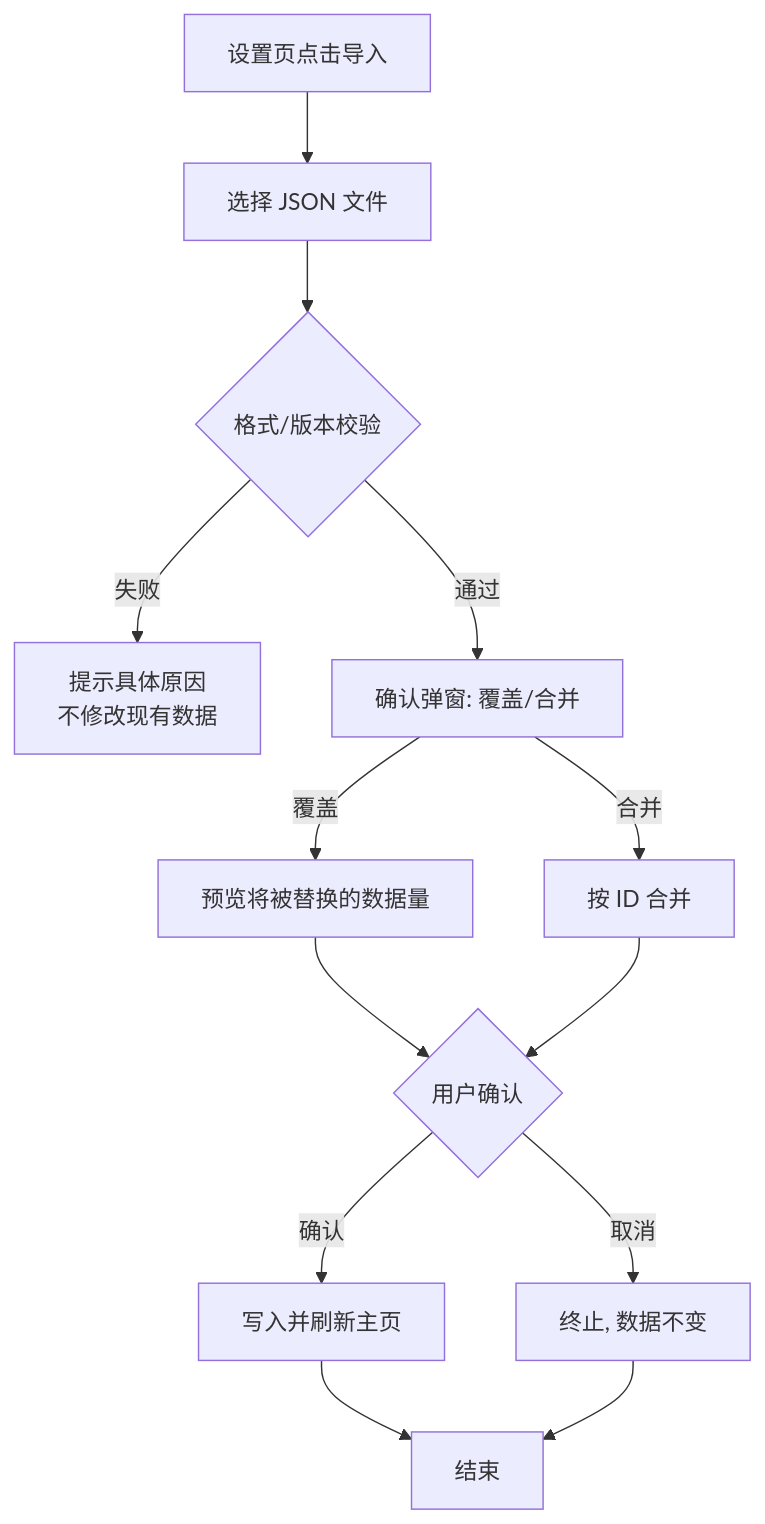
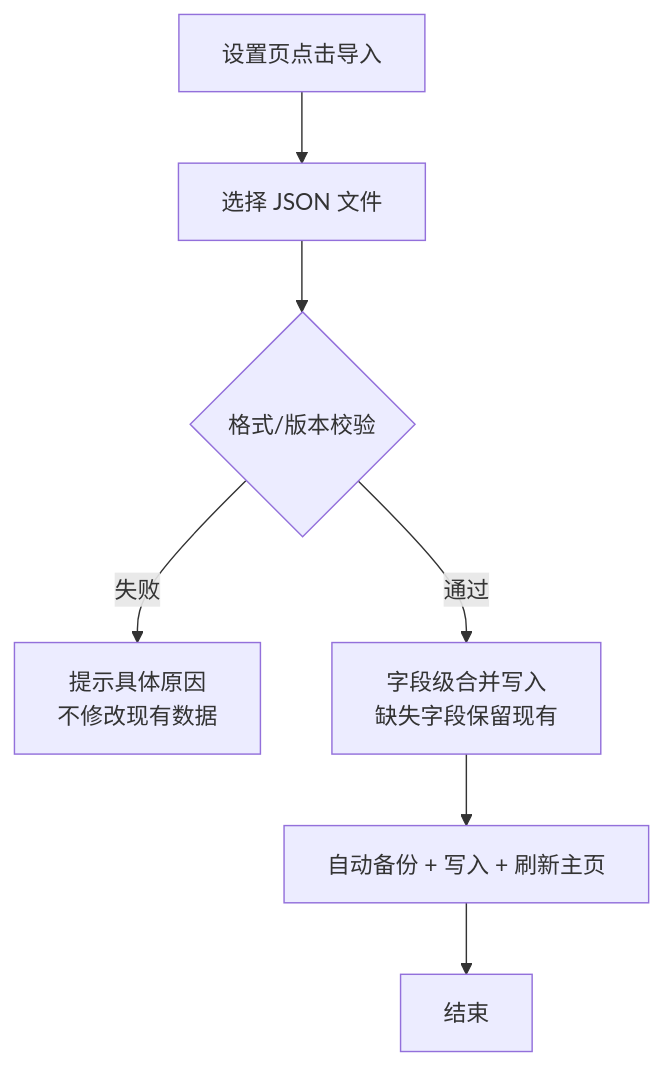
One commit to wangyanan520/linring-newtab changed the third of 4 diagrams in docs/product/03-用户用例与用户流程.md. Above: the diagram before and after it, drawn with Mermaid. The commit also changed other lines of this file and 12 other files, not shown here.

````diff
--- a/docs/product/03-用户用例与用户流程.md
+++ b/docs/product/03-用户用例与用户流程.md
@@ -272,15 +271,9 @@
 ```mermaid
 flowchart TD
     A[设置页点击导入] --> B[选择 JSON 文件]
     B --> C{格式/版本校验}
     C -->|失败| D[提示具体原因<br/>不修改现有数据]
-    C -->|通过| E[确认弹窗: 覆盖/合并]
-    E -->|覆盖| F[预览将被替换的数据量]
-    E -->|合并| G[按 ID 合并]
-    F --> H{用户确认}
-    G --> H
-    H -->|确认| I[写入并刷新主页]
-    H -->|取消| J[终止, 数据不变]
-    I --> K[结束]
-    J --> K
+    C -->|通过| E[字段级合并写入<br/>缺失字段保留现有]
+    E --> F[自动备份 + 写入 + 刷新主页]
+    F --> K[结束]
 ```
````
